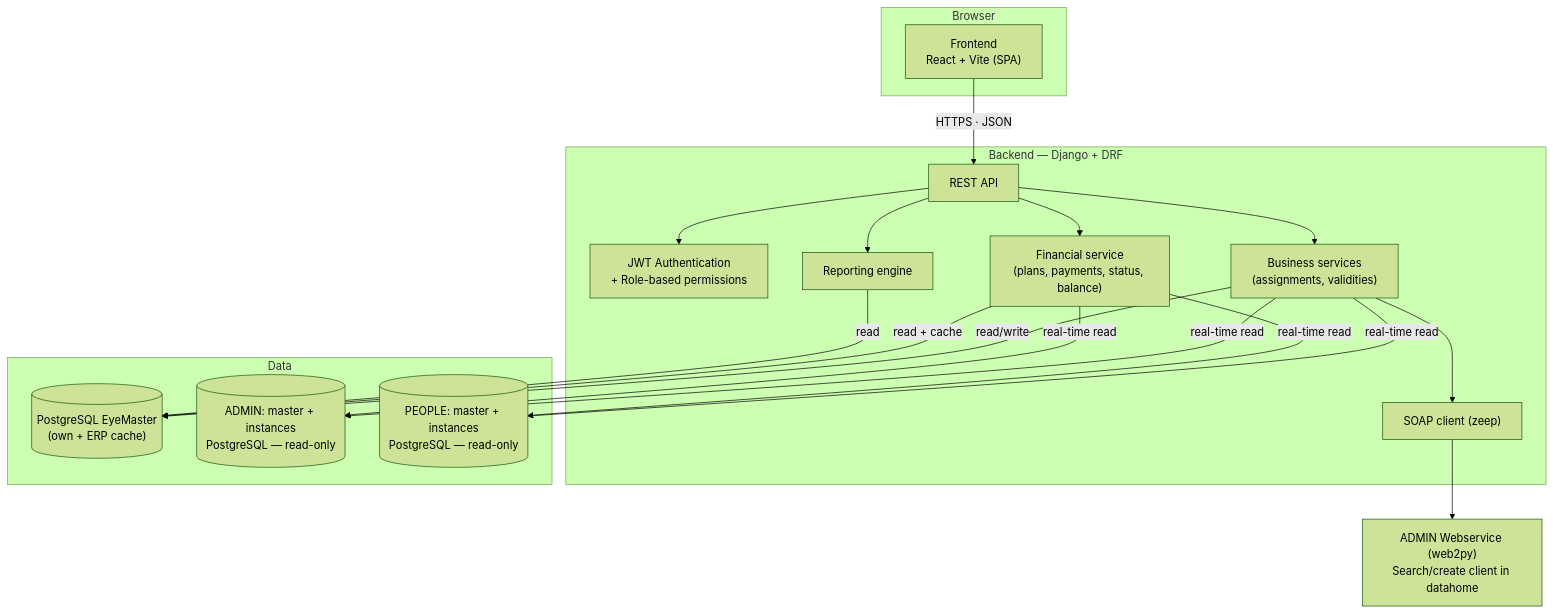
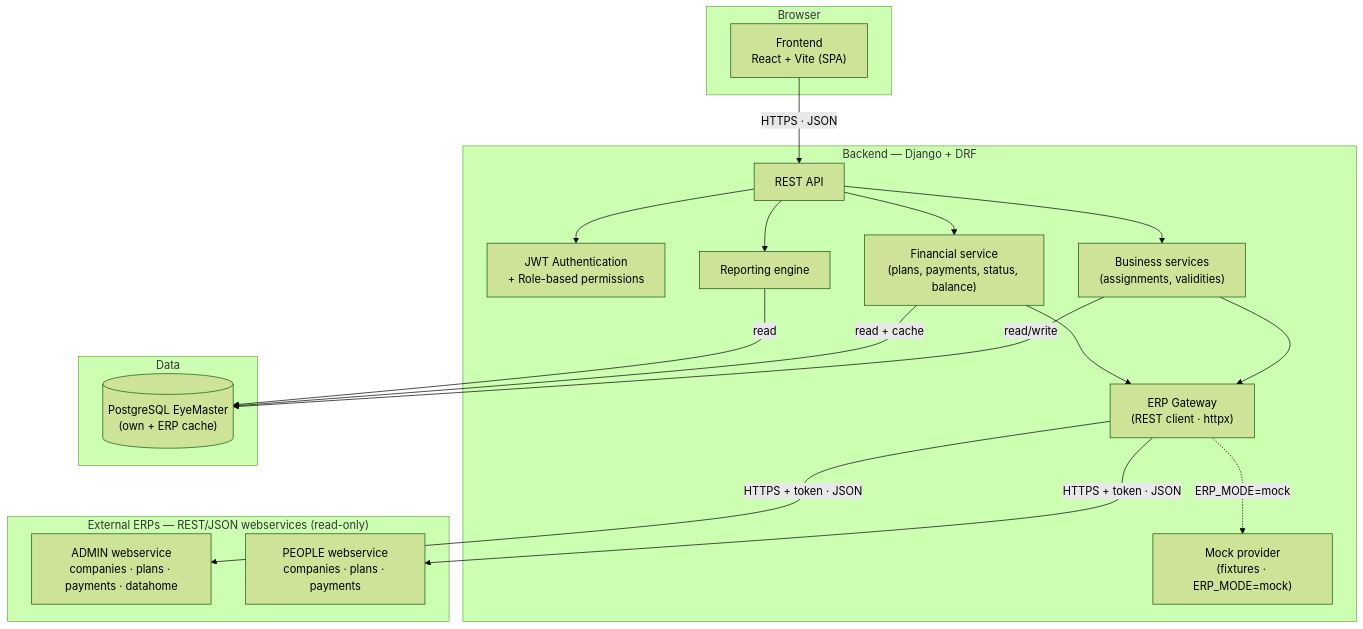
Before and after one commit to LIDR-academy/AI4Devs-finalproject: the first of 4 diagrams in readme.md, drawn with Mermaid (forest theme). The commit also changed other lines of this file and 300 other files, not shown here.

````diff
--- a/readme.md
+++ b/readme.md
@@ -96,35 +129,36 @@
 ```mermaid
 flowchart TB
     subgraph NAV["Browser"]
         SPA["Frontend<br/>React + Vite (SPA)"]
     end
     subgraph BACK["Backend — Django + DRF"]
         API["REST API"]
         AUTH["JWT Authentication<br/>+ Role-based permissions"]
         BIZ["Business services<br/>(assignments, validities)"]
         FIN["Financial service<br/>(plans, payments, status, balance)"]
         REP["Reporting engine"]
-        SOAP["SOAP client (zeep)"]
+        GW["ERP Gateway<br/>(REST client · httpx)"]
+        MOCK["Mock provider<br/>(fixtures · ERP_MODE=mock)"]
     end
     subgraph DB["Data"]
         LOCAL[("PostgreSQL EyeMaster<br/>(own + ERP cache)")]
-        ADB[("ADMIN: master + instances<br/>PostgreSQL — read-only")]
-        PDB[("PEOPLE: master + instances<br/>PostgreSQL — read-only")]
     end
-    WS["ADMIN Webservice (web2py)<br/>Search/create client in datahome"]
+    subgraph ERP["External ERPs — REST/JSON webservices (read-only)"]
+        AWS["ADMIN webservice<br/>companies · plans · payments · datahome"]
+        PWS["PEOPLE webservice<br/>companies · plans · payments"]
+    end
 
     SPA -->|"HTTPS · JSON"| API
     API --> AUTH
     API --> BIZ
     API --> FIN
     API --> REP
     BIZ -->|"read/write"| LOCAL
     FIN -->|"read + cache"| LOCAL
     REP -->|"read"| LOCAL
-    BIZ -->|"real-time read"| ADB
-    BIZ -->|"real-time read"| PDB
-    FIN -->|"real-time read"| ADB
-    FIN -->|"real-time read"| PDB
-    BIZ --> SOAP
-    SOAP --> WS
+    BIZ --> GW
+    FIN --> GW
+    GW -.->|"ERP_MODE=mock"| MOCK
+    GW -->|"HTTPS + token · JSON"| AWS
+    GW -->|"HTTPS + token · JSON"| PWS
 ```
````
